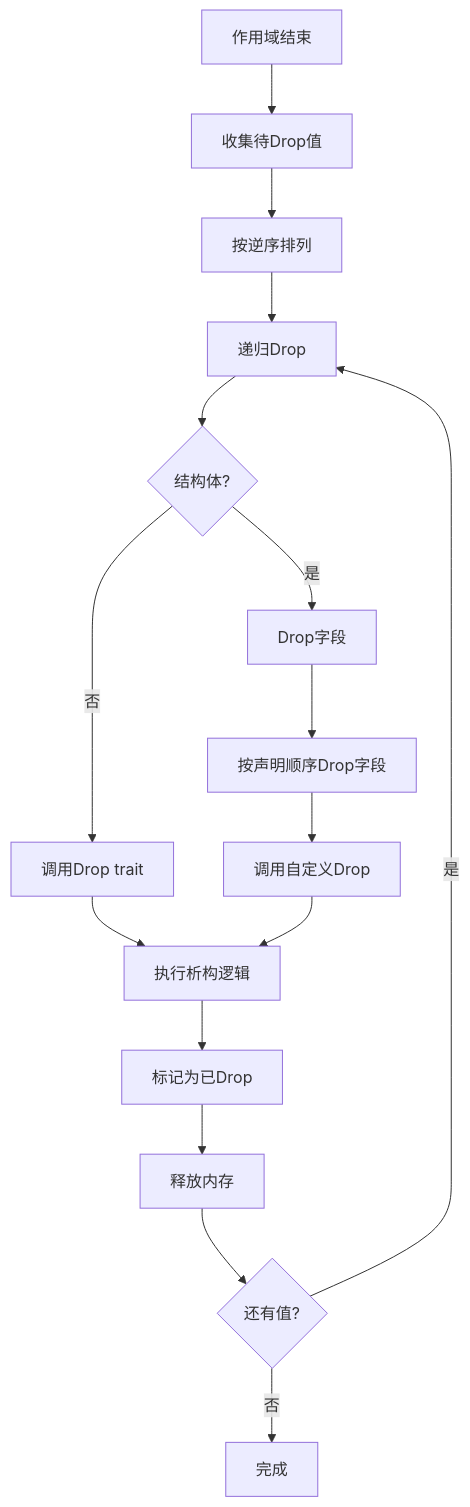
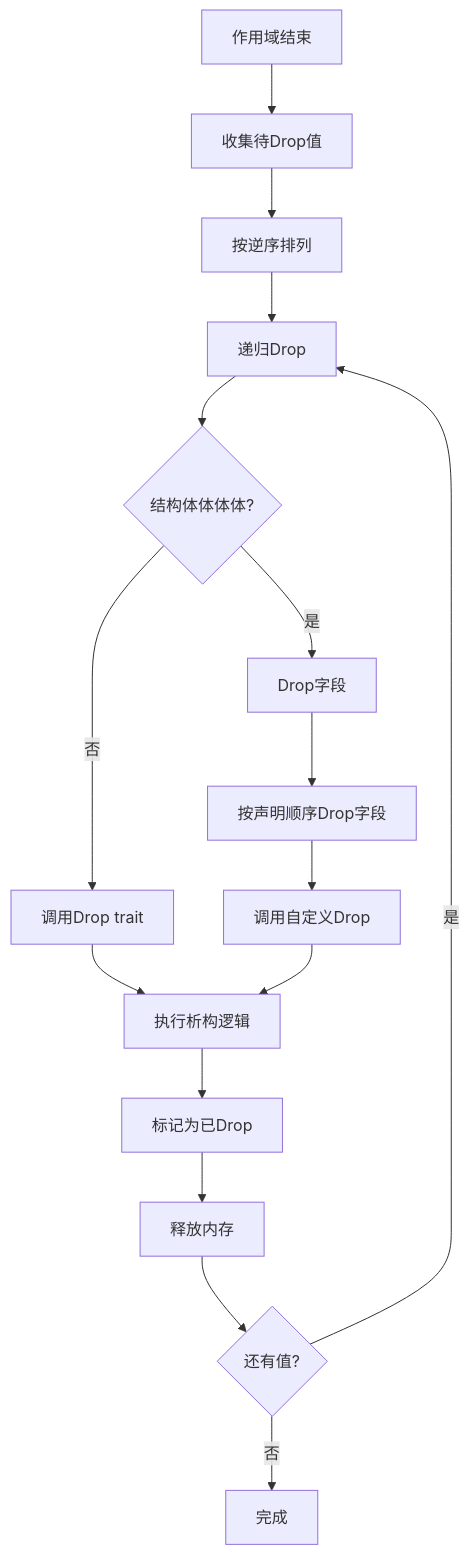
One commit to martin-ly/rust-lang changed the diagram in formal_rust/refactor/01_core_theory/01_foundation_semantics/04_ownership_system_semantics/06_drop_semantics.md. Above: the diagram before and after it, drawn with Mermaid. The commit also changed other lines of this file and 5740 other files, not shown here.

````diff
--- a/formal_rust/refactor/01_core_theory/01_foundation_semantics/04_ownership_system_semantics/06_drop_semantics.md
+++ b/formal_rust/refactor/01_core_theory/01_foundation_semantics/04_ownership_system_semantics/06_drop_semantics.md
@@ -43,22 +43,22 @@
 ```mermaid
 graph TD
     A[作用域结束] --> B[收集待Drop值]
     B --> C[按逆序排列]
     C --> D[递归Drop]
     
-    D --> E{结构体?}
+    D --> E{结构体体体体?}
     E -->|是| F[Drop字段]
     E -->|否| G[调用Drop trait]
     
     F --> H[按声明顺序Drop字段]
     H --> I[调用自定义Drop]
     
     G --> J[执行析构逻辑]
     I --> J
     J --> K[标记为已Drop]
     K --> L[释放内存]
     
     L --> M{还有值?}
     M -->|是| D
     M -->|否| N[完成]
 ```
````
